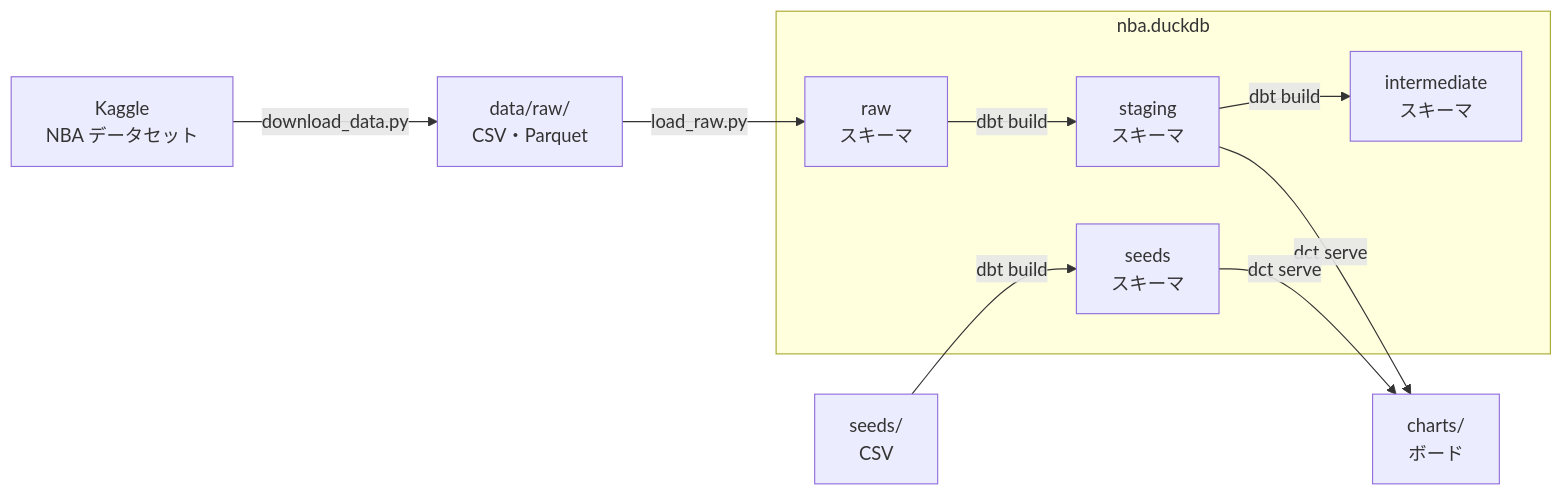
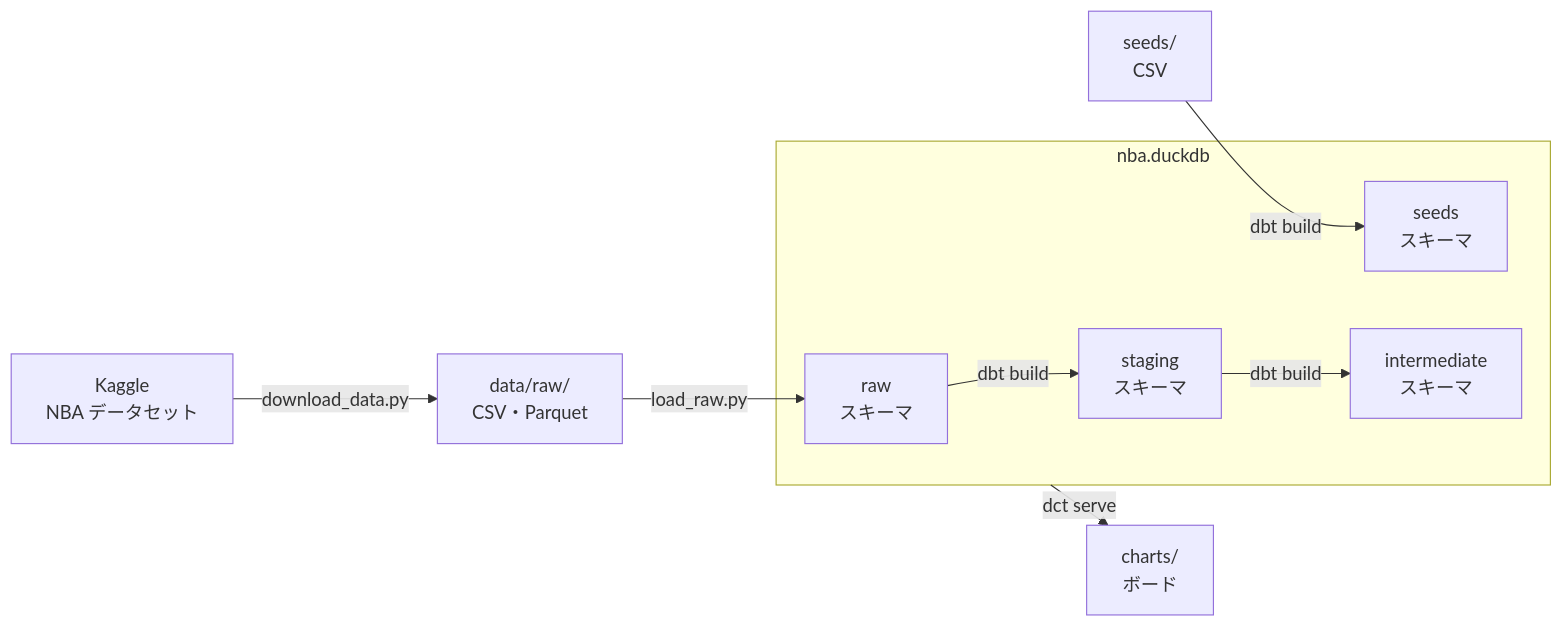
One commit to ryatora/nba-dbt-playground changed the diagram in README.md. Above: the diagram before and after it, drawn with Mermaid.

Commit message:
README のデータの流れで、ボードへの線を nba.duckdb から出す

````diff
--- a/README.md
+++ b/README.md
@@ -70,13 +70,12 @@
 ```mermaid
 flowchart LR
     kaggle["Kaggle<br>NBA データセット"] -->|download_data.py| raw_files["data/raw/<br>CSV・Parquet"]
     raw_files -->|load_raw.py| raw_schema
     seed_files["seeds/<br>CSV"] -->|dbt build| seeds_schema
     subgraph duckdb["nba.duckdb"]
         raw_schema["raw<br>スキーマ"] -->|dbt build| staging["staging<br>スキーマ"]
         staging -->|dbt build| intermediate["intermediate<br>スキーマ"]
         seeds_schema["seeds<br>スキーマ"]
     end
-    staging -->|dct serve| charts["charts/<br>ボード"]
-    seeds_schema -->|dct serve| charts
+    duckdb -->|dct serve| charts["charts/<br>ボード"]
 ```
````
